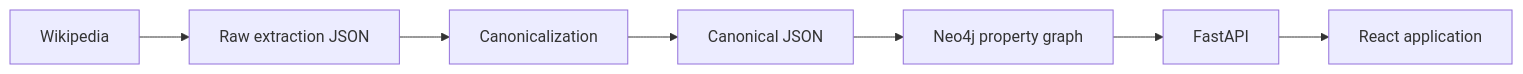
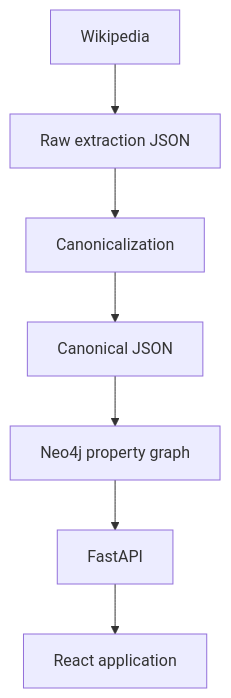
One commit to VincentasR/Cardle changed the first of 4 diagrams in README.md. Above: the diagram before and after it, drawn with Mermaid.

Commit message:
images not loading

````diff
--- a/README.md
+++ b/README.md
@@ -23,9 +23,17 @@
 ```mermaid
-flowchart LR
-    A[Wikipedia] --> B[Raw extraction JSON]
-    B --> C[Canonicalization]
-    C --> D[Canonical JSON]
-    D --> E[Neo4j property graph]
-    E --> F[FastAPI]
-    F --> G[React application]
+graph TD
+    wikipedia["Wikipedia"]
+    rawJson["Raw extraction JSON"]
+    canonicalization["Canonicalization"]
+    canonicalJson["Canonical JSON"]
+    neo4j["Neo4j property graph"]
+    fastapi["FastAPI"]
+    react["React application"]
+
+    wikipedia --> rawJson
+    rawJson --> canonicalization
+    canonicalization --> canonicalJson
+    canonicalJson --> neo4j
+    neo4j --> fastapi
+    fastapi --> react
 ```
````
